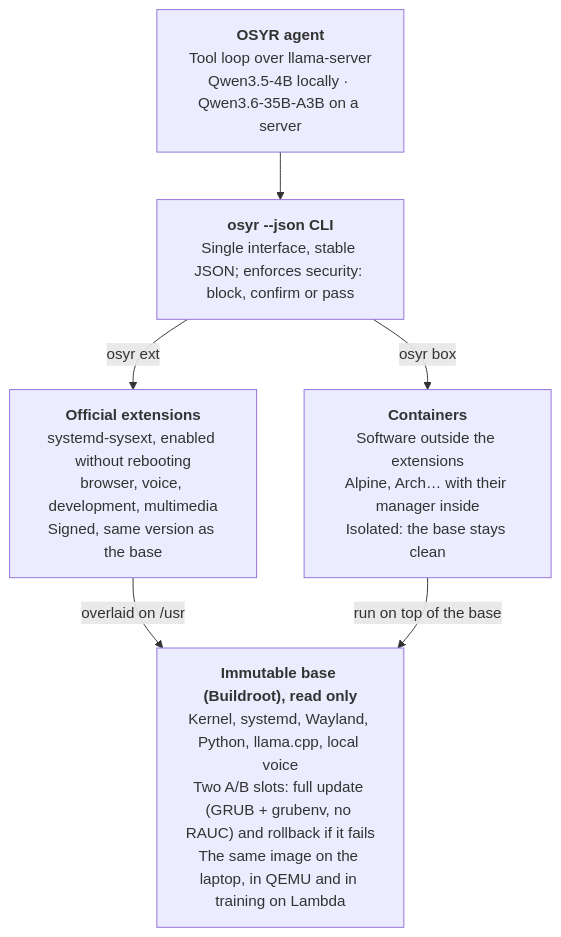
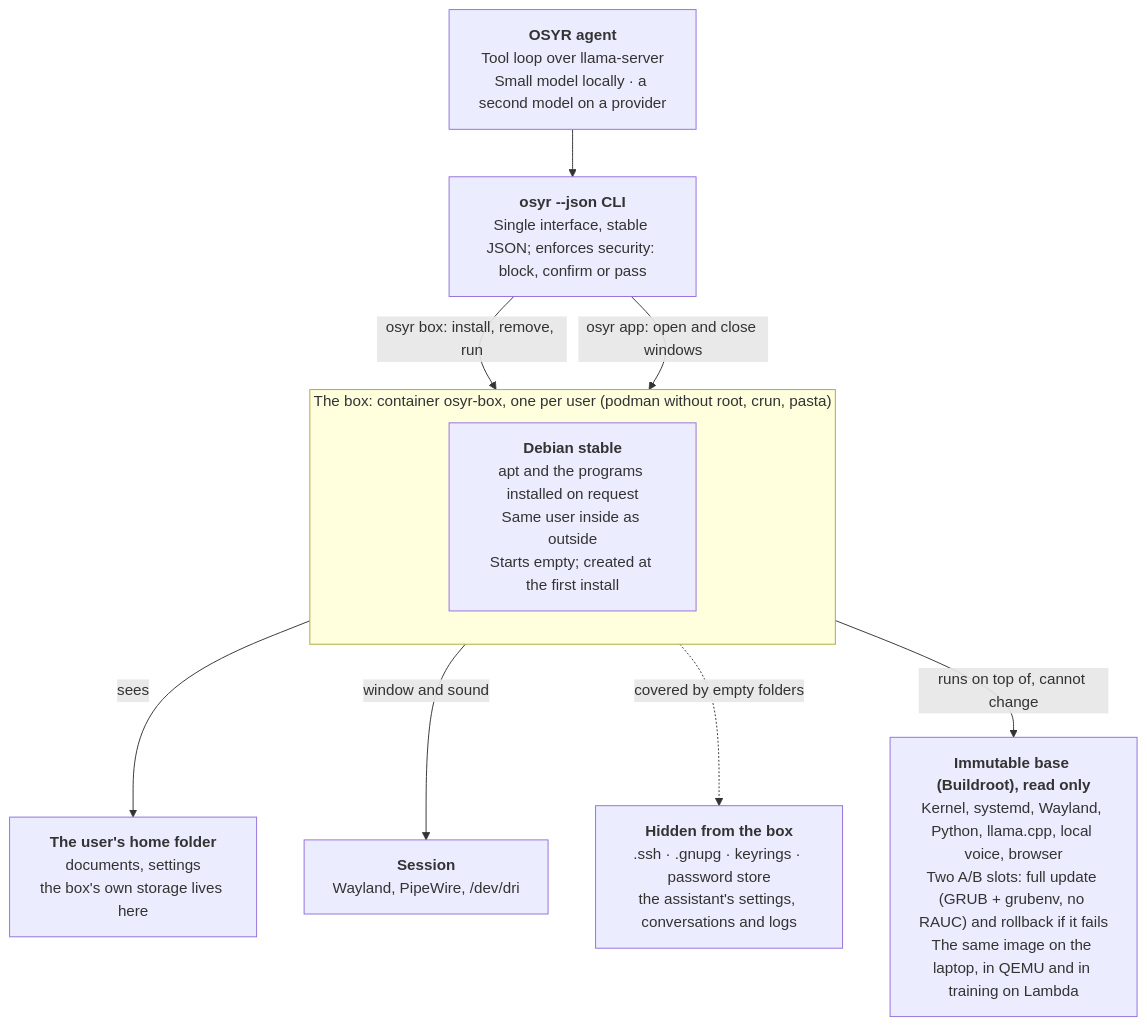
The first of 2 diagrams in docs/ARCHITECTURE.md (ccarrillomanzanares/osyr), drawn with Mermaid before and after one commit. The commit also changed other lines of this file, not shown here.

First line of the commit message:
Architecture: the box as built, and the extensions set aside

````diff
--- a/docs/ARCHITECTURE.md
+++ b/docs/ARCHITECTURE.md
@@ -37,13 +37,19 @@
 ```mermaid
 flowchart TB
-    agent["<b>OSYR agent</b><br/>Tool loop over llama-server<br/>Qwen3.5-4B locally · Qwen3.6-35B-A3B on a server"]
+    agent["<b>OSYR agent</b><br/>Tool loop over llama-server<br/>Small model locally · a second model on a provider"]
     cli["<b>osyr --json CLI</b><br/>Single interface, stable JSON; enforces security: block, confirm or pass"]
-    ext["<b>Official extensions</b><br/>systemd-sysext, enabled without rebooting<br/>browser, voice, development, multimedia<br/>Signed, same version as the base"]
-    box["<b>Containers</b><br/>Software outside the extensions<br/>Alpine, Arch… with their manager inside<br/>Isolated: the base stays clean"]
-    base["<b>Immutable base (Buildroot), read only</b><br/>Kernel, systemd, Wayland, Python, llama.cpp, local voice<br/>Two A/B slots: full update (GRUB + grubenv, no RAUC) and rollback if it fails<br/>The same image on the laptop, in QEMU and in training on Lambda"]
+    subgraph boxg["The box: container osyr-box, one per user (podman without root, crun, pasta)"]
+        box["<b>Debian stable</b><br/>apt and the programs installed on request<br/>Same user inside as outside<br/>Starts empty; created at the first install"]
+    end
+    home["<b>The user's home folder</b><br/>documents, settings<br/>the box's own storage lives here"]
+    session["<b>Session</b><br/>Wayland, PipeWire, /dev/dri"]
+    hidden["<b>Hidden from the box</b><br/>.ssh · .gnupg · keyrings · password store<br/>the assistant's settings, conversations and logs"]
+    base["<b>Immutable base (Buildroot), read only</b><br/>Kernel, systemd, Wayland, Python, llama.cpp, local voice, browser<br/>Two A/B slots: full update (GRUB + grubenv, no RAUC) and rollback if it fails<br/>The same image on the laptop, in QEMU and in training on Lambda"]
     agent --> cli
-    cli -- "osyr ext" --> ext
-    cli -- "osyr box" --> box
-    ext -- "overlaid on /usr" --> base
-    box -- "run on top of the base" --> base
+    cli -- "osyr box: install, remove, run" --> boxg
+    cli -- "osyr app: open and close windows" --> boxg
+    boxg -- "sees" --> home
+    boxg -- "window and sound" --> session
+    boxg -. "covered by empty folders" .-> hidden
+    boxg -- "runs on top of, cannot change" --> base
 ```
````
